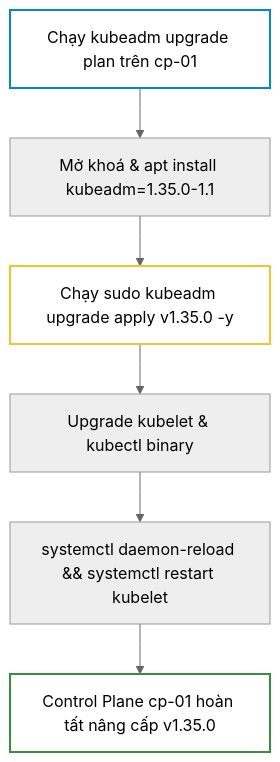
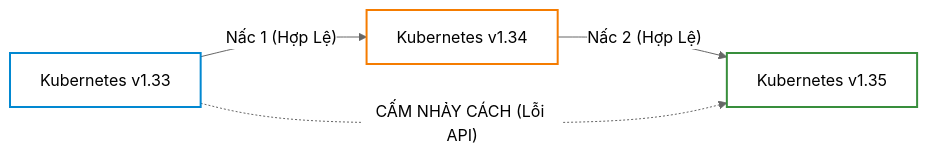
The first of 5 diagrams in _posts/2026-09-12-cka-08-08-nang-cap-cum-va-node.md (kiennt308/ntk), drawn with Mermaid (neutral theme) before and after one commit. The commit also changed other lines of this file and 39 other files, not shown here.

````diff
--- a/_posts/2026-09-12-cka-08-08-nang-cap-cum-va-node.md
+++ b/_posts/2026-09-12-cka-08-08-nang-cap-cum-va-node.md
@@ -159,12 +51,10 @@
 ```mermaid
-graph TD
-    A["Chạy kubeadm upgrade plan trên cp-01"] --> B["Mở khoá & apt install kubeadm=1.35.0-1.1"]
-    B --> C["Chạy sudo kubeadm upgrade apply v1.35.0 -y"]
-    C --> D["Upgrade kubelet & kubectl binary"]
-    D --> E["systemctl daemon-reload && systemctl restart kubelet"]
-    E --> F["Control Plane cp-01 hoàn tất nâng cấp v1.35.0"]
+flowchart LR
+    A["Kubernetes v1.33"] -->|"Nấc 1 (Hợp Lệ)"| B["Kubernetes v1.34"]
+    B -->|"Nấc 2 (Hợp Lệ)"| C["Kubernetes v1.35"]
+    A -.->|"CẤM NHẢY CÁCH (Lỗi API)"| C
 
     style A fill:none,stroke:#0288d1,stroke-width:2px
-    style C fill:none,stroke:#fbc02d,stroke-width:2px
-    style F fill:none,stroke:#388e3c,stroke-width:2px
+    style B fill:none,stroke:#f57c00,stroke-width:2px
+    style C fill:none,stroke:#388e3c,stroke-width:2px
 ```
````
